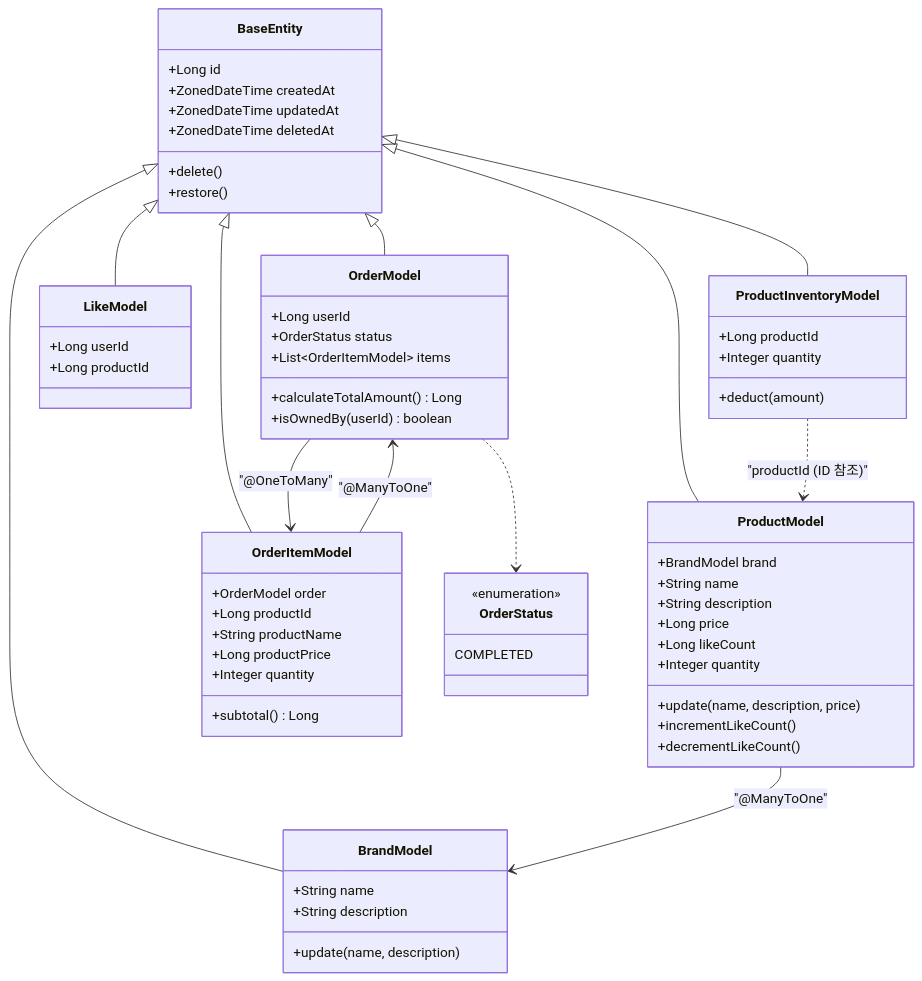
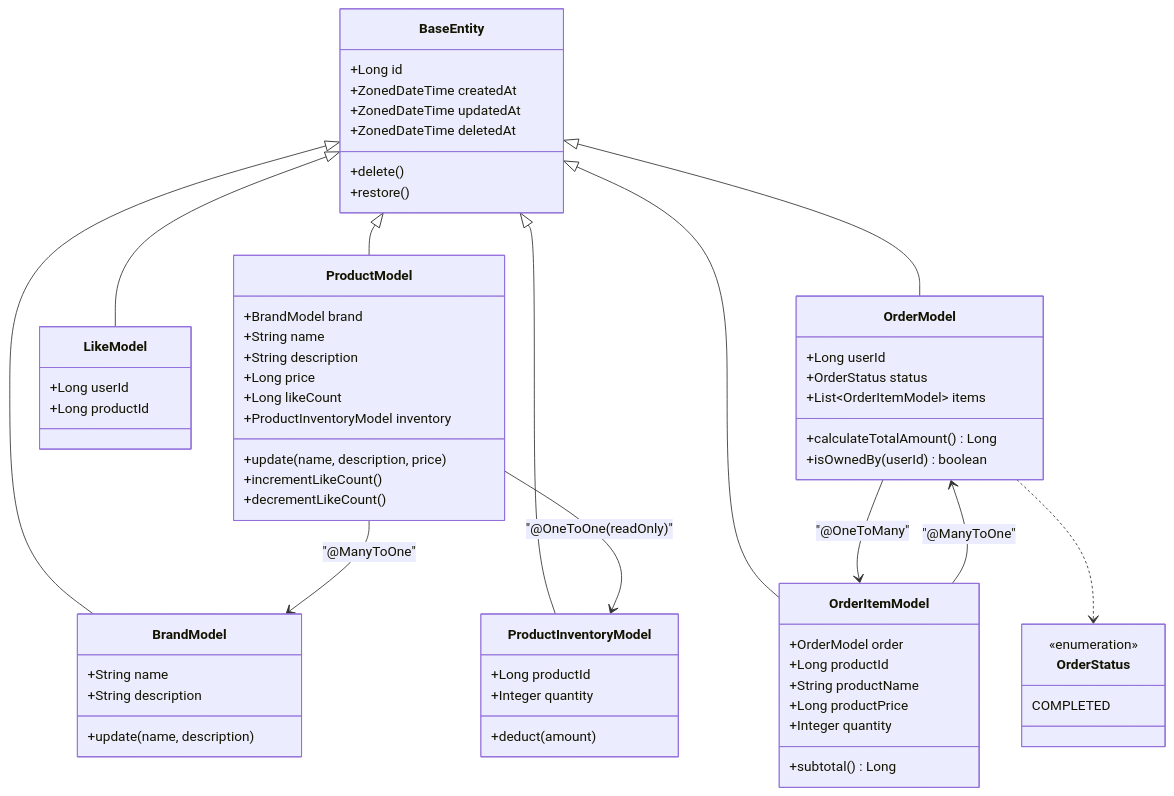
Before and after one commit to loopers-labs/loop-pack-be-l2-vol4-java: the diagram in docs/v3/class.md, drawn with Mermaid. The commit also changed other lines of this file and 1 other file, not shown here.

Commit message:
docs: ProductModel.inventory 읽기 전용 @OneToOne 설계 확정
- ProductModel.quantity(Integer) → inventory(ProductInventoryModel)로 변경
  읽기 전용 @OneToOne(fetch=LAZY) + NO_CONSTRAINT(ADR-005) 적용
  상품 조회 시 JPA가 자동 JOIN → inventory.getQuantity()로 재고 접근
- getQuantity() 위임 메서드 미추가 — Facade/Info 변환 단계에서 직접 접근
- class.md 관계 설명 및 메서드 테이블 반영
- ADR-006 관계 섹션 업데이트: 읽기 전용 @OneToOne 허용 근거 및 코드 예시 추가
  쓰기는 ProductInventoryRepository 직접 사용 원칙 명시

````diff
--- a/docs/v3/class.md
+++ b/docs/v3/class.md
@@ -5,74 +5,74 @@
 ```mermaid
 classDiagram
     class BaseEntity {
         +Long id
         +ZonedDateTime createdAt
         +ZonedDateTime updatedAt
         +ZonedDateTime deletedAt
         +delete()
         +restore()
     }
 
     class BrandModel {
         +String name
         +String description
         +update(name, description)
     }
 
     class ProductModel {
         +BrandModel brand
         +String name
         +String description
         +Long price
         +Long likeCount
-        +Integer quantity
+        +ProductInventoryModel inventory
         +update(name, description, price)
         +incrementLikeCount()
         +decrementLikeCount()
     }
 
     class ProductInventoryModel {
         +Long productId
         +Integer quantity
         +deduct(amount)
     }
 
     class LikeModel {
         +Long userId
         +Long productId
     }
 
     class OrderModel {
         +Long userId
         +OrderStatus status
         +List~OrderItemModel~ items
         +calculateTotalAmount() Long
         +isOwnedBy(userId) boolean
     }
 
     class OrderItemModel {
         +OrderModel order
         +Long productId
         +String productName
         +Long productPrice
         +Integer quantity
         +subtotal() Long
     }
 
     class OrderStatus {
         <<enumeration>>
         COMPLETED
     }
 
     BaseEntity <|-- BrandModel
     BaseEntity <|-- ProductModel
     BaseEntity <|-- ProductInventoryModel
     BaseEntity <|-- LikeModel
     BaseEntity <|-- OrderModel
     BaseEntity <|-- OrderItemModel
     ProductModel --> BrandModel : "@ManyToOne"
-    ProductInventoryModel ..> ProductModel : "productId (ID 참조)"
+    ProductModel --> ProductInventoryModel : "@OneToOne(readOnly)"
     OrderModel --> OrderItemModel : "@OneToMany"
     OrderItemModel --> OrderModel : "@ManyToOne"
     OrderModel ..> OrderStatus
 ```
````
